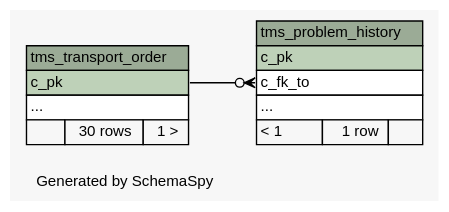
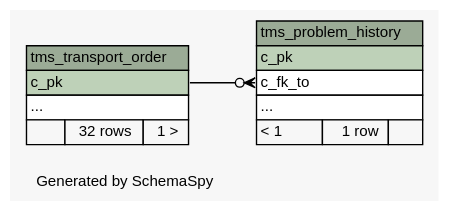
The diagram in schemaspy/diagrams/summary/relationships.real.compact.dot (openwms/org.openwms.tms.transportation), drawn with Graphviz before and after one commit. The commit also changed 341 other files, not shown here.

```diff
--- a/schemaspy/diagrams/summary/relationships.real.compact.dot
+++ b/schemaspy/diagrams/summary/relationships.real.compact.dot
@@ -1,46 +1,46 @@
 // dot 2.36.0 on Linux 4.4.0-101-generic
 // SchemaSpy rev Unknown
 digraph "compactRelationshipsDiagram" {
   graph [
     rankdir="RL"
     bgcolor="#f7f7f7"
     label="\nGenerated by SchemaSpy"
     labeljust="l"
     nodesep="0.18"
     ranksep="0.46"
     fontname="Helvetica"
     fontsize="11"
   ];
   node [
     fontname="Helvetica"
     fontsize="11"
     shape="plaintext"
   ];
   edge [
     arrowsize="0.8"
   ];
   "tms_problem_history" [
     label=<
     <TABLE BORDER="0" CELLBORDER="1" CELLSPACING="0" BGCOLOR="#ffffff">
       <TR><TD COLSPAN="3" BGCOLOR="#9bab96" ALIGN="CENTER">tms_problem_history</TD></TR>
       <TR><TD PORT="c_pk" COLSPAN="3" BGCOLOR="#bed1b8" ALIGN="LEFT">c_pk</TD></TR>
       <TR><TD PORT="c_fk_to" COLSPAN="3" ALIGN="LEFT">c_fk_to</TD></TR>
       <TR><TD PORT="elipses" COLSPAN="3" ALIGN="LEFT">...</TD></TR>
       <TR><TD ALIGN="LEFT" BGCOLOR="#f7f7f7">&lt; 1</TD><TD ALIGN="RIGHT" BGCOLOR="#f7f7f7">1 row</TD><TD ALIGN="RIGHT" BGCOLOR="#f7f7f7">  </TD></TR>
     </TABLE>>
     URL="tables/tms_problem_history.html"
     tooltip="tms_problem_history"
   ];
   "tms_transport_order" [
     label=<
     <TABLE BORDER="0" CELLBORDER="1" CELLSPACING="0" BGCOLOR="#ffffff">
       <TR><TD COLSPAN="3" BGCOLOR="#9bab96" ALIGN="CENTER">tms_transport_order</TD></TR>
       <TR><TD PORT="c_pk" COLSPAN="3" BGCOLOR="#bed1b8" ALIGN="LEFT">c_pk</TD></TR>
       <TR><TD PORT="elipses" COLSPAN="3" ALIGN="LEFT">...</TD></TR>
-      <TR><TD ALIGN="LEFT" BGCOLOR="#f7f7f7">  </TD><TD ALIGN="RIGHT" BGCOLOR="#f7f7f7">30 rows</TD><TD ALIGN="RIGHT" BGCOLOR="#f7f7f7">1 &gt;</TD></TR>
+      <TR><TD ALIGN="LEFT" BGCOLOR="#f7f7f7">  </TD><TD ALIGN="RIGHT" BGCOLOR="#f7f7f7">32 rows</TD><TD ALIGN="RIGHT" BGCOLOR="#f7f7f7">1 &gt;</TD></TR>
     </TABLE>>
     URL="tables/tms_transport_order.html"
     tooltip="tms_transport_order"
   ];
   "tms_problem_history":"c_fk_to":w -> "tms_transport_order":"c_pk":e [arrowhead=none dir=back arrowtail=crowodot];
 }
```
